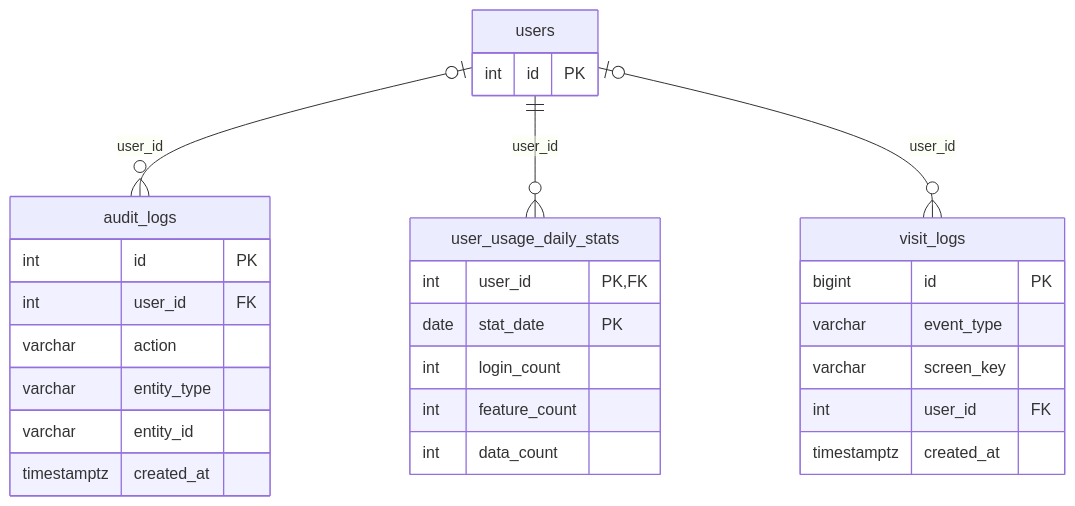
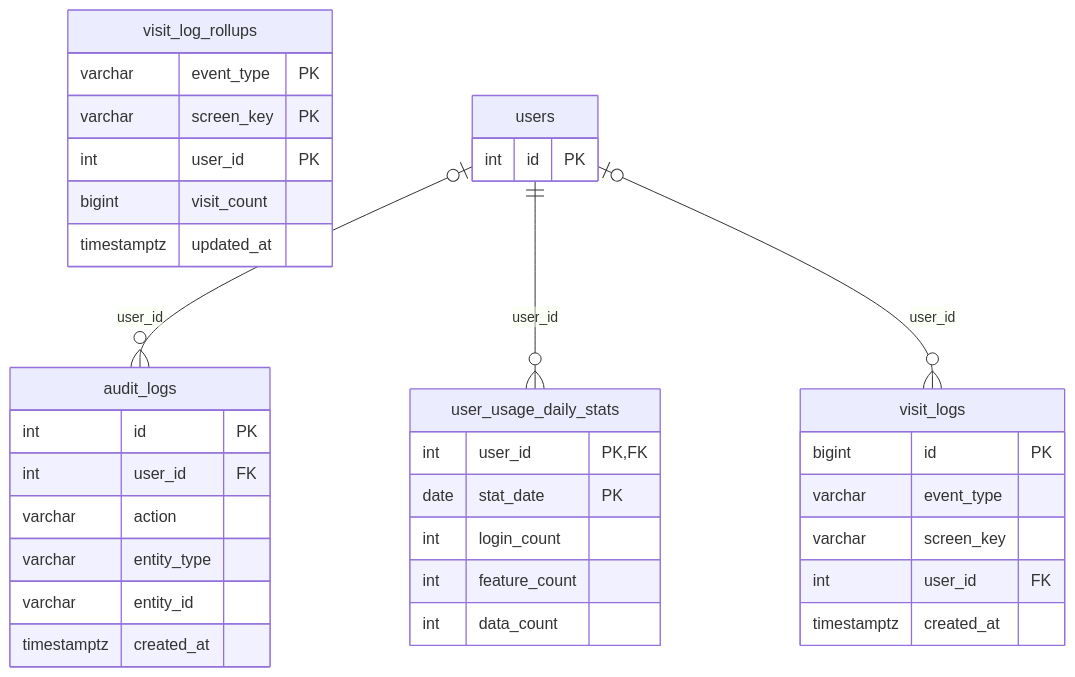
Before and after one commit to dminhbb/ttm-tool: diagram 12 of 12 in docs/database-erd.md, drawn with Mermaid. The commit also changed other lines of this file and 3 other files, not shown here.

Commit message:
Cập nhật schema và tài liệu sau khi gỡ epic_alert_history

````diff
--- a/docs/database-erd.md
+++ b/docs/database-erd.md
@@ -1761,31 +1729,38 @@
 ```mermaid
 erDiagram
     audit_logs {
         int id PK
         int user_id FK
         varchar action
         varchar entity_type
         varchar entity_id
         timestamptz created_at
     }
     user_usage_daily_stats {
         int user_id PK, FK
         date stat_date PK
         int login_count
         int feature_count
         int data_count
     }
     visit_logs {
         bigint id PK
         varchar event_type
         varchar screen_key
         int user_id FK
         timestamptz created_at
     }
+    visit_log_rollups {
+        varchar event_type PK
+        varchar screen_key PK
+        int user_id PK
+        bigint visit_count
+        timestamptz updated_at
+    }
     users {
         int id PK
     }
     users |o--o{ audit_logs : "user_id"
     users ||--o{ user_usage_daily_stats : "user_id"
     users |o--o{ visit_logs : "user_id"
 ```
````
